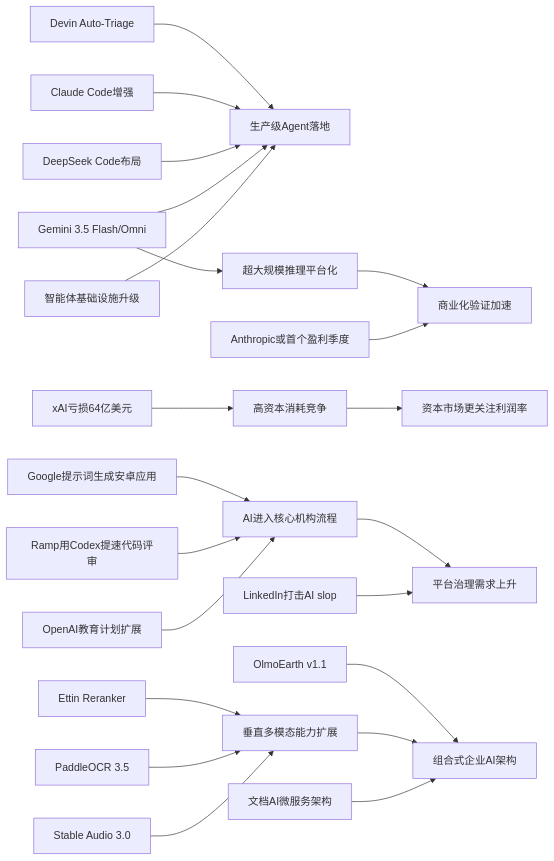
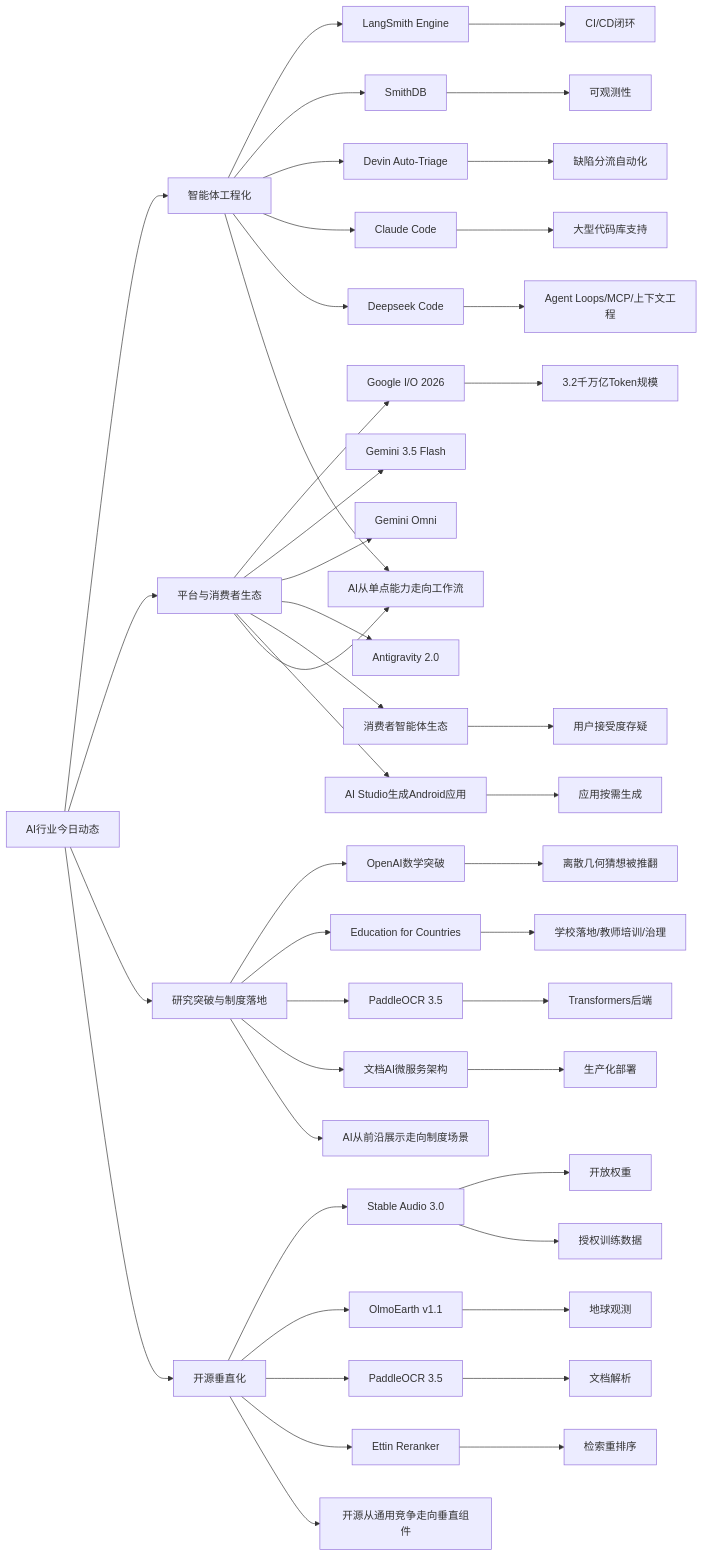
Before and after one commit to zhuxinfei/ai-daily-site: the diagram in content/cn/2026/2026-05/2026-05-21.md, drawn with Mermaid. The commit also changed other lines of this file, not shown here.

````diff
--- a/content/cn/2026/2026-05/2026-05-21.md
+++ b/content/cn/2026/2026-05/2026-05-21.md
@@ -110,27 +110,56 @@
 ```mermaid
 graph LR
-    A[智能体基础设施升级] --> B[生产级Agent落地]
-    C[Gemini 3.5 Flash/Omni] --> B
-    D[DeepSeek Code布局] --> B
-    E[Claude Code增强] --> B
-    F[Devin Auto-Triage] --> B
+    A[AI行业今日动态] --> B[智能体工程化]
+    A --> C[平台与消费者生态]
+    A --> D[研究突破与制度落地]
+    A --> E[开源垂直化]
 
-    G[Anthropic或首个盈利季度] --> H[商业化验证加速]
-    I[xAI亏损64亿美元] --> J[高资本消耗竞争]
-    C --> K[超大规模推理平台化]
-    K --> H
-    J --> L[资本市场更关注利润率]
+    B --> B1[LangSmith Engine]
+    B --> B2[SmithDB]
+    B --> B3[Devin Auto-Triage]
+    B --> B4[Claude Code]
+    B --> B5[Deepseek Code]
 
-    M[OpenAI教育计划扩展] --> N[AI进入核心机构流程]
-    O[Ramp用Codex提速代码评审] --> N
-    P[Google提示词生成安卓应用] --> N
-    Q[LinkedIn打击AI slop] --> R[平台治理需求上升]
-    N --> R
+    B1 --> B6[CI/CD闭环]
+    B2 --> B7[可观测性]
+    B3 --> B8[缺陷分流自动化]
+    B4 --> B9[大型代码库支持]
+    B5 --> B10[Agent Loops/MCP/上下文工程]
 
-    S[Stable Audio 3.0] --> T[垂直多模态能力扩展]
-    U[PaddleOCR 3.5] --> T
-    V[Ettin Reranker] --> T
-    W[文档AI微服务架构] --> X[组合式企业AI架构]
-    T --> X
-    Y[OlmoEarth v1.1] --> X
+    C --> C1[Google I/O 2026]
+    C --> C2[Gemini 3.5 Flash]
+    C --> C3[Gemini Omni]
+    C --> C4[Antigravity 2.0]
+    C --> C5[消费者智能体生态]
+    C --> C6[AI Studio生成Android应用]
+
+    C1 --> C7[3.2千万亿Token规模]
+    C5 --> C8[用户接受度存疑]
+    C6 --> C9[应用按需生成]
+
+    D --> D1[OpenAI数学突破]
+    D --> D2[Education for Countries]
+    D --> D3[PaddleOCR 3.5]
+    D --> D4[文档AI微服务架构]
+
+    D1 --> D5[离散几何猜想被推翻]
+    D2 --> D6[学校落地/教师培训/治理]
+    D3 --> D7[Transformers后端]
+    D4 --> D8[生产化部署]
+
+    E --> E1[Stable Audio 3.0]
+    E --> E2[OlmoEarth v1.1]
+    E --> E3[PaddleOCR 3.5]
+    E --> E4[Ettin Reranker]
+
+    E1 --> E5[开放权重]
+    E1 --> E6[授权训练数据]
+    E2 --> E7[地球观测]
+    E3 --> E8[文档解析]
+    E4 --> E9[检索重排序]
+
+    B --> F[AI从单点能力走向工作流]
+    C --> F
+    D --> G[AI从前沿展示走向制度场景]
+    E --> H[开源从通用竞争走向垂直组件]
 ```
````
